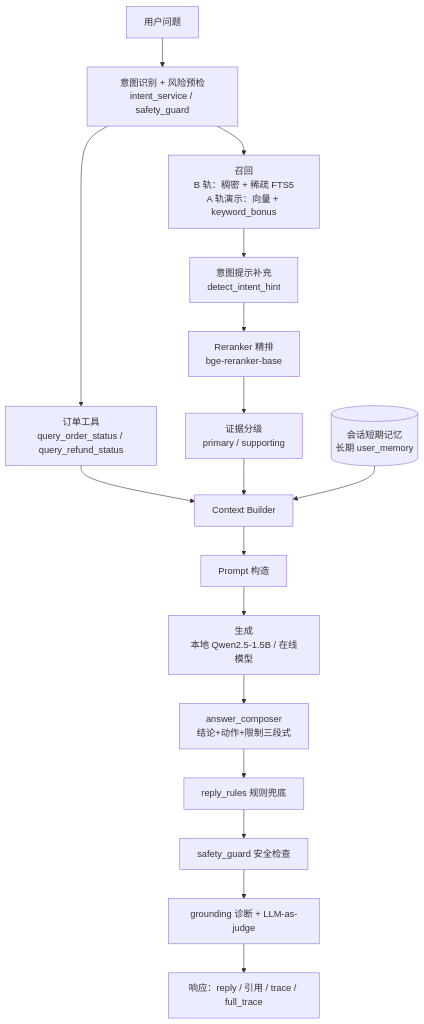
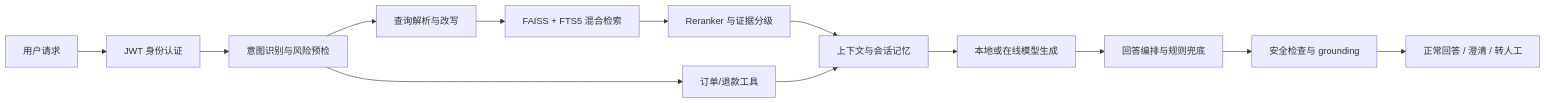
One commit to kue04/llm-customer-service changed the diagram in README.md. Above: the diagram before and after it, drawn with Mermaid. The commit also changed other lines of this file, not shown here.

````diff
--- a/README.md
+++ b/README.md
@@ -153,19 +21,15 @@
 ```mermaid
-flowchart TD
-    Q[用户问题] --> I[意图识别 + 风险预检<br/>intent_service / safety_guard]
-    I --> T[订单工具<br/>query_order_status / query_refund_status]
-    I --> R[召回<br/>B 轨：稠密 + 稀疏 FTS5<br/>A 轨演示：向量 + keyword_bonus]
-    R --> S[意图提示补充<br/>detect_intent_hint]
-    S --> RR[Reranker 精排<br/>bge-reranker-base]
-    RR --> E[证据分级<br/>primary / supporting]
-    T --> C[Context Builder]
-    E --> C
-    M[(会话短期记忆<br/>长期 user_memory)] --> C
-    C --> P[Prompt 构造]
-    P --> G[生成<br/>本地 Qwen2.5-1.5B / 在线模型]
-    G --> AC[answer_composer<br/>结论+动作+限制三段式]
-    AC --> RU[reply_rules 规则兜底]
-    RU --> SG[safety_guard 安全检查]
-    SG --> GD[grounding 诊断 + LLM-as-judge]
-    GD --> RES[响应：reply / 引用 / trace / full_trace]
+flowchart LR
+    U[用户请求] --> A[JWT 身份认证]
+    A --> I[意图识别与风险预检]
+    I --> Q[查询解析与改写]
+    Q --> R[FAISS + FTS5 混合检索]
+    R --> K[Reranker 与证据分级]
+    I --> T[订单/退款工具]
+    K --> C[上下文与会话记忆]
+    T --> C
+    C --> G[本地或在线模型生成]
+    G --> P[回答编排与规则兜底]
+    P --> S[安全检查与 grounding]
+    S --> O[正常回答 / 澄清 / 转人工]
 ```
````
